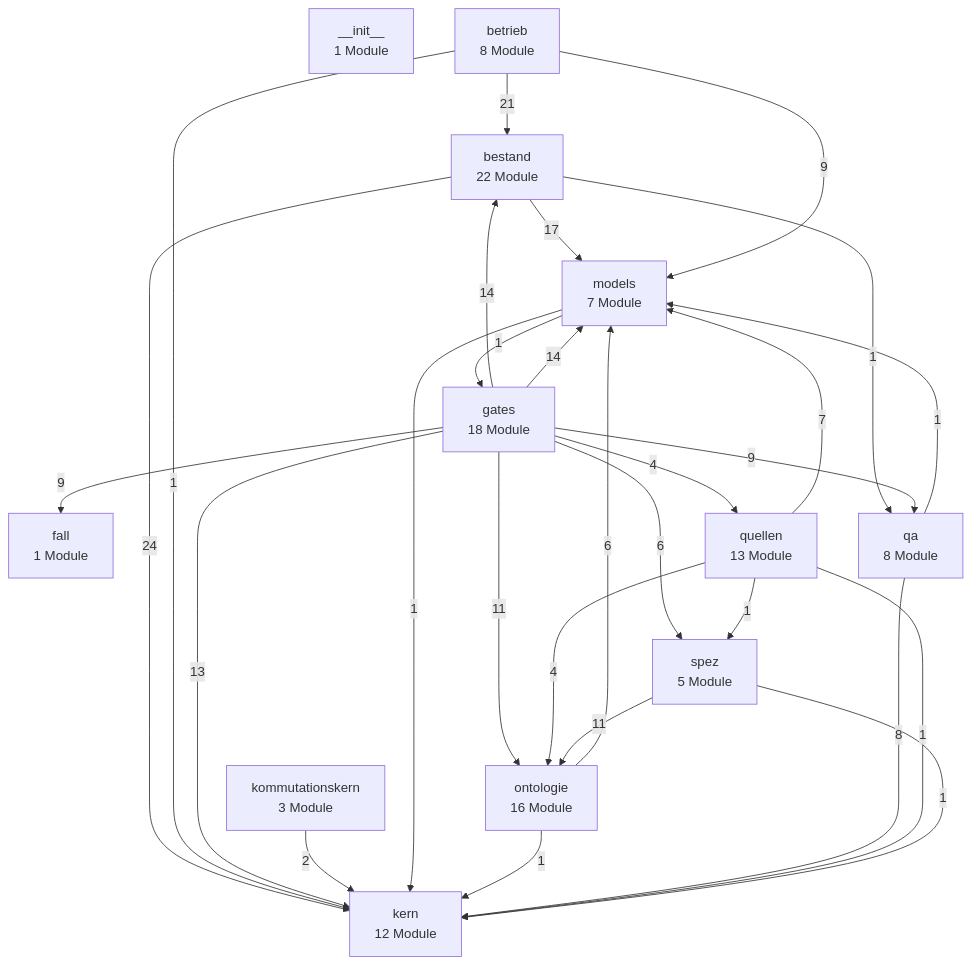
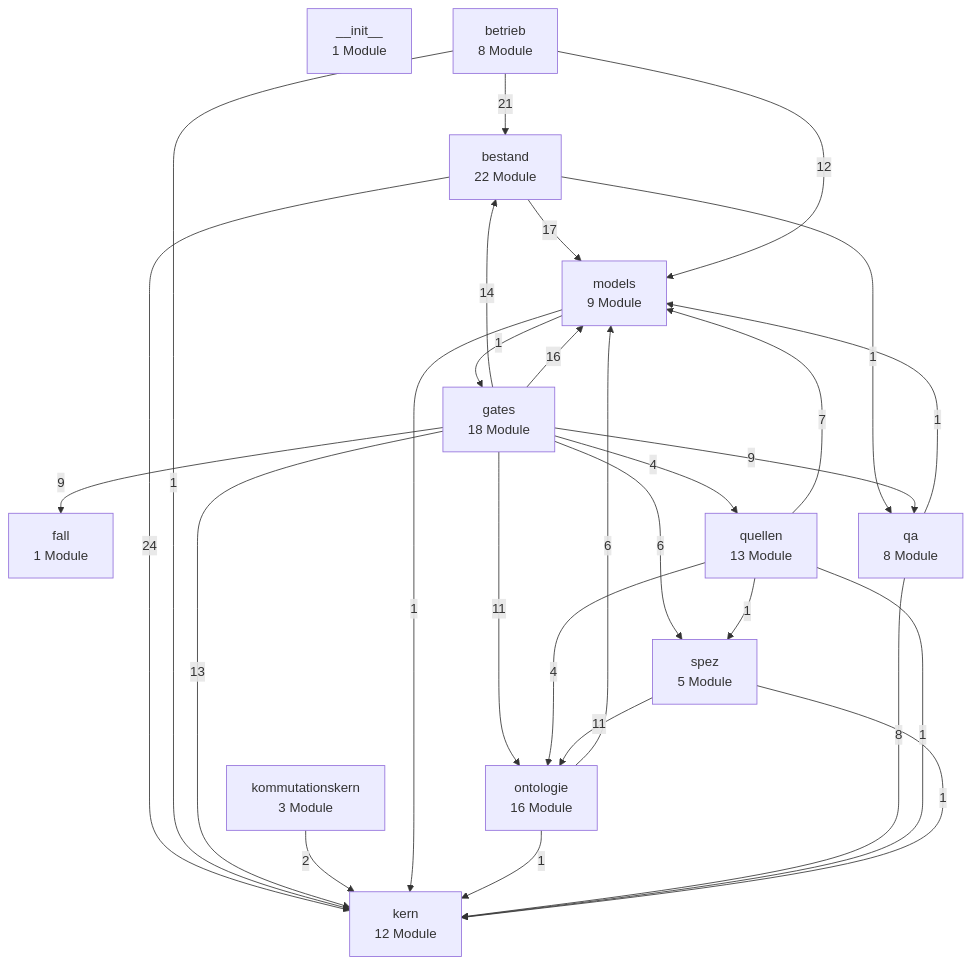
One commit to bartlmac/rechner-pipeline changed the first of 3 diagrams in docs/architektur/landkarte.md. Above: the diagram before and after it, drawn with Mermaid. The commit also changed other lines of this file and 18 other files, not shown here.

````diff
--- a/docs/architektur/landkarte.md
+++ b/docs/architektur/landkarte.md
@@ -27,43 +27,43 @@
 ```mermaid
 %% Schichten — erzeugt von ontologie.landkarte
 flowchart TD
     n__init__["__init__<br/>1 Module"]
     bestand["bestand<br/>22 Module"]
     betrieb["betrieb<br/>8 Module"]
     fall["fall<br/>1 Module"]
     gates["gates<br/>18 Module"]
     kern["kern<br/>12 Module"]
     kommutationskern["kommutationskern<br/>3 Module"]
-    models["models<br/>7 Module"]
+    models["models<br/>9 Module"]
     ontologie["ontologie<br/>16 Module"]
     qa["qa<br/>8 Module"]
     quellen["quellen<br/>13 Module"]
     spez["spez<br/>5 Module"]
     bestand -- 24 --> kern
     bestand -- 17 --> models
     bestand -- 1 --> qa
     betrieb -- 21 --> bestand
     betrieb -- 1 --> kern
-    betrieb -- 9 --> models
+    betrieb -- 12 --> models
     gates -- 14 --> bestand
     gates -- 9 --> fall
     gates -- 13 --> kern
-    gates -- 14 --> models
+    gates -- 16 --> models
     gates -- 11 --> ontologie
     gates -- 9 --> qa
     gates -- 4 --> quellen
     gates -- 6 --> spez
     kommutationskern -- 2 --> kern
     models -- 1 --> gates
     models -- 1 --> kern
     ontologie -- 1 --> kern
     ontologie -- 6 --> models
     qa -- 8 --> kern
     qa -- 1 --> models
     quellen -- 1 --> kern
     quellen -- 7 --> models
     quellen -- 4 --> ontologie
     quellen -- 1 --> spez
     spez -- 1 --> kern
     spez -- 11 --> ontologie
 ```
````
